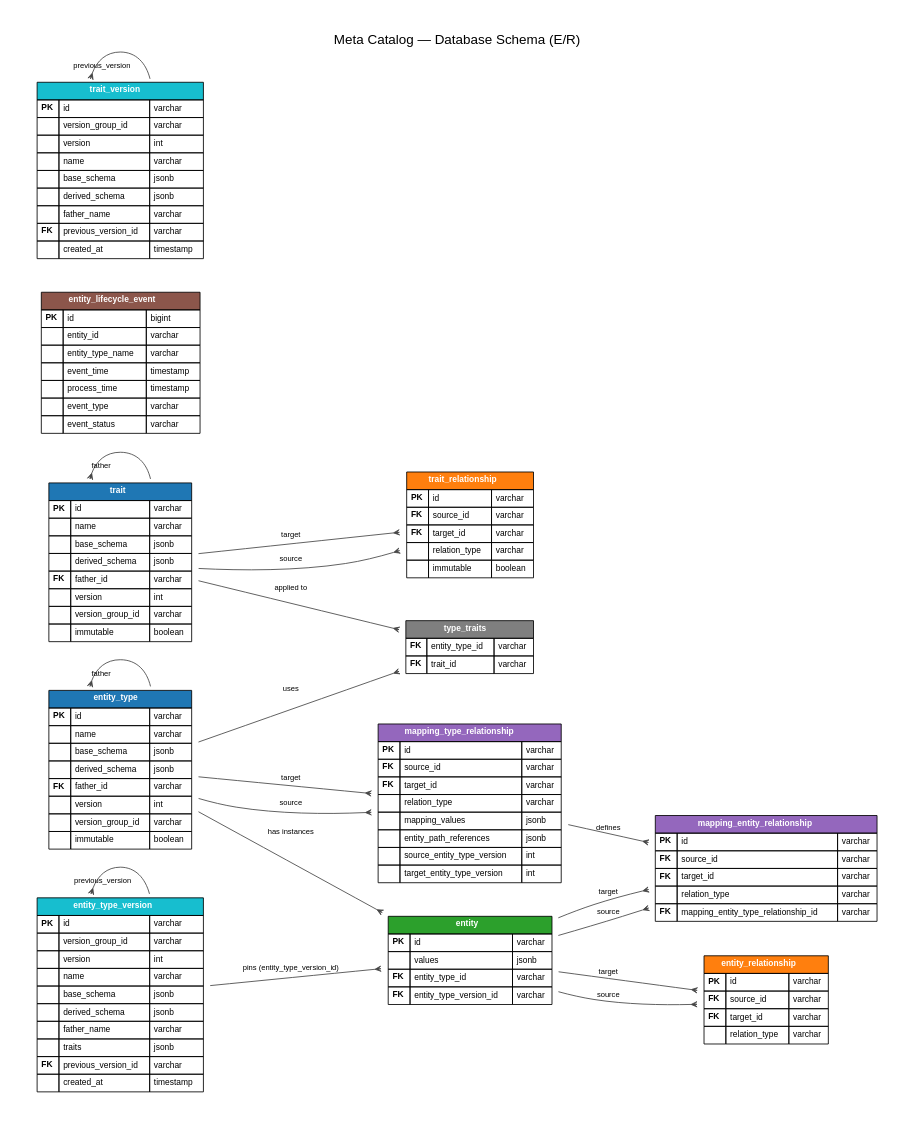
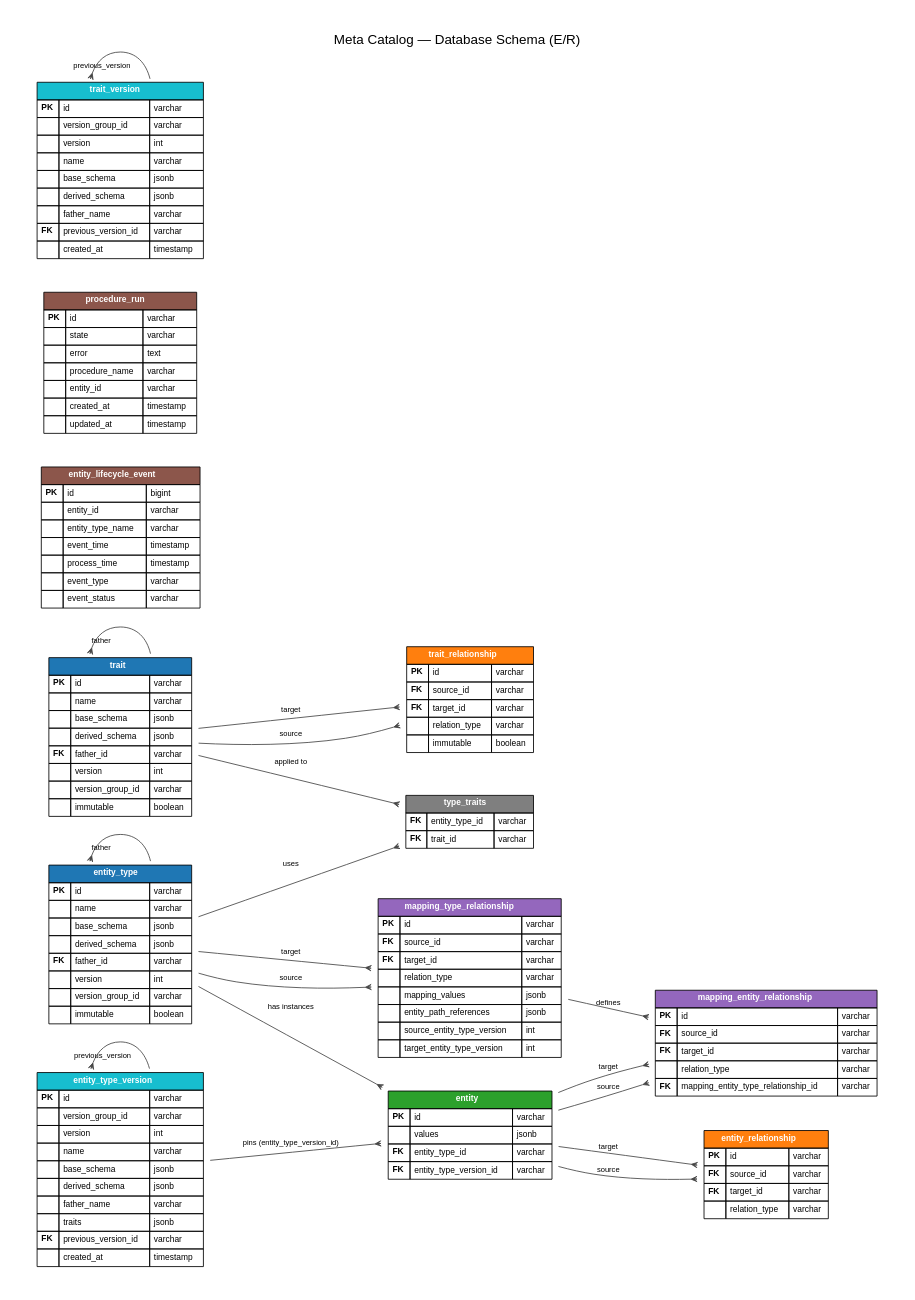
Before and after one commit to dgreco/metacatalog: the diagram in docs/er-diagram.dot, drawn with Graphviz. The commit also changed 14 other files, not shown here.

```diff
--- a/docs/er-diagram.dot
+++ b/docs/er-diagram.dot
@@ -1,172 +1,185 @@
 digraph ER {
     graph [
         rankdir=LR,
         fontname="Helvetica",
         fontsize=10,
         splines=true,
         overlap=false,
         pad=0.4,
         nodesep=0.45,
         ranksep=0.85,
         bgcolor="white",
         label="Meta Catalog — Database Schema (E/R)",
         labelloc=t,
         fontsize=16
     ];
     node  [shape=plaintext, fontname="Helvetica", fontsize=10];
     edge  [color="#444444", penwidth=1.0, arrowsize=0.7, fontname="Helvetica", fontsize=9];
 
     entity_type [label=<
         <TABLE BORDER="0" CELLBORDER="1" CELLSPACING="0" CELLPADDING="4" BGCOLOR="white">
             <TR><TD BGCOLOR="#1f77b4" COLSPAN="3"><FONT COLOR="white"><B>entity_type</B></FONT></TD></TR>
             <TR><TD ALIGN="LEFT"><B>PK</B></TD><TD ALIGN="LEFT">id</TD><TD ALIGN="LEFT">varchar</TD></TR>
             <TR><TD></TD><TD ALIGN="LEFT">name</TD><TD ALIGN="LEFT">varchar</TD></TR>
             <TR><TD></TD><TD ALIGN="LEFT">base_schema</TD><TD ALIGN="LEFT">jsonb</TD></TR>
             <TR><TD></TD><TD ALIGN="LEFT">derived_schema</TD><TD ALIGN="LEFT">jsonb</TD></TR>
             <TR><TD ALIGN="LEFT"><B>FK</B></TD><TD ALIGN="LEFT">father_id</TD><TD ALIGN="LEFT">varchar</TD></TR>
             <TR><TD></TD><TD ALIGN="LEFT">version</TD><TD ALIGN="LEFT">int</TD></TR>
             <TR><TD></TD><TD ALIGN="LEFT">version_group_id</TD><TD ALIGN="LEFT">varchar</TD></TR>
             <TR><TD></TD><TD ALIGN="LEFT">immutable</TD><TD ALIGN="LEFT">boolean</TD></TR>
         </TABLE>
     >];
 
     trait [label=<
         <TABLE BORDER="0" CELLBORDER="1" CELLSPACING="0" CELLPADDING="4" BGCOLOR="white">
             <TR><TD BGCOLOR="#1f77b4" COLSPAN="3"><FONT COLOR="white"><B>trait</B></FONT></TD></TR>
             <TR><TD ALIGN="LEFT"><B>PK</B></TD><TD ALIGN="LEFT">id</TD><TD ALIGN="LEFT">varchar</TD></TR>
             <TR><TD></TD><TD ALIGN="LEFT">name</TD><TD ALIGN="LEFT">varchar</TD></TR>
             <TR><TD></TD><TD ALIGN="LEFT">base_schema</TD><TD ALIGN="LEFT">jsonb</TD></TR>
             <TR><TD></TD><TD ALIGN="LEFT">derived_schema</TD><TD ALIGN="LEFT">jsonb</TD></TR>
             <TR><TD ALIGN="LEFT"><B>FK</B></TD><TD ALIGN="LEFT">father_id</TD><TD ALIGN="LEFT">varchar</TD></TR>
             <TR><TD></TD><TD ALIGN="LEFT">version</TD><TD ALIGN="LEFT">int</TD></TR>
             <TR><TD></TD><TD ALIGN="LEFT">version_group_id</TD><TD ALIGN="LEFT">varchar</TD></TR>
             <TR><TD></TD><TD ALIGN="LEFT">immutable</TD><TD ALIGN="LEFT">boolean</TD></TR>
         </TABLE>
     >];
 
     type_traits [label=<
         <TABLE BORDER="0" CELLBORDER="1" CELLSPACING="0" CELLPADDING="4" BGCOLOR="white">
             <TR><TD BGCOLOR="#7f7f7f" COLSPAN="3"><FONT COLOR="white"><B>type_traits</B></FONT></TD></TR>
             <TR><TD ALIGN="LEFT"><B>FK</B></TD><TD ALIGN="LEFT">entity_type_id</TD><TD ALIGN="LEFT">varchar</TD></TR>
             <TR><TD ALIGN="LEFT"><B>FK</B></TD><TD ALIGN="LEFT">trait_id</TD><TD ALIGN="LEFT">varchar</TD></TR>
         </TABLE>
     >];
 
     entity [label=<
         <TABLE BORDER="0" CELLBORDER="1" CELLSPACING="0" CELLPADDING="4" BGCOLOR="white">
             <TR><TD BGCOLOR="#2ca02c" COLSPAN="3"><FONT COLOR="white"><B>entity</B></FONT></TD></TR>
             <TR><TD ALIGN="LEFT"><B>PK</B></TD><TD ALIGN="LEFT">id</TD><TD ALIGN="LEFT">varchar</TD></TR>
             <TR><TD></TD><TD ALIGN="LEFT">values</TD><TD ALIGN="LEFT">jsonb</TD></TR>
             <TR><TD ALIGN="LEFT"><B>FK</B></TD><TD ALIGN="LEFT">entity_type_id</TD><TD ALIGN="LEFT">varchar</TD></TR>
             <TR><TD ALIGN="LEFT"><B>FK</B></TD><TD ALIGN="LEFT">entity_type_version_id</TD><TD ALIGN="LEFT">varchar</TD></TR>
         </TABLE>
     >];
 
     trait_relationship [label=<
         <TABLE BORDER="0" CELLBORDER="1" CELLSPACING="0" CELLPADDING="4" BGCOLOR="white">
             <TR><TD BGCOLOR="#ff7f0e" COLSPAN="3"><FONT COLOR="white"><B>trait_relationship</B></FONT></TD></TR>
             <TR><TD ALIGN="LEFT"><B>PK</B></TD><TD ALIGN="LEFT">id</TD><TD ALIGN="LEFT">varchar</TD></TR>
             <TR><TD ALIGN="LEFT"><B>FK</B></TD><TD ALIGN="LEFT">source_id</TD><TD ALIGN="LEFT">varchar</TD></TR>
             <TR><TD ALIGN="LEFT"><B>FK</B></TD><TD ALIGN="LEFT">target_id</TD><TD ALIGN="LEFT">varchar</TD></TR>
             <TR><TD></TD><TD ALIGN="LEFT">relation_type</TD><TD ALIGN="LEFT">varchar</TD></TR>
             <TR><TD></TD><TD ALIGN="LEFT">immutable</TD><TD ALIGN="LEFT">boolean</TD></TR>
         </TABLE>
     >];
 
     entity_relationship [label=<
         <TABLE BORDER="0" CELLBORDER="1" CELLSPACING="0" CELLPADDING="4" BGCOLOR="white">
             <TR><TD BGCOLOR="#ff7f0e" COLSPAN="3"><FONT COLOR="white"><B>entity_relationship</B></FONT></TD></TR>
             <TR><TD ALIGN="LEFT"><B>PK</B></TD><TD ALIGN="LEFT">id</TD><TD ALIGN="LEFT">varchar</TD></TR>
             <TR><TD ALIGN="LEFT"><B>FK</B></TD><TD ALIGN="LEFT">source_id</TD><TD ALIGN="LEFT">varchar</TD></TR>
             <TR><TD ALIGN="LEFT"><B>FK</B></TD><TD ALIGN="LEFT">target_id</TD><TD ALIGN="LEFT">varchar</TD></TR>
             <TR><TD></TD><TD ALIGN="LEFT">relation_type</TD><TD ALIGN="LEFT">varchar</TD></TR>
         </TABLE>
     >];
 
     mapping_type_relationship [label=<
         <TABLE BORDER="0" CELLBORDER="1" CELLSPACING="0" CELLPADDING="4" BGCOLOR="white">
             <TR><TD BGCOLOR="#9467bd" COLSPAN="3"><FONT COLOR="white"><B>mapping_type_relationship</B></FONT></TD></TR>
             <TR><TD ALIGN="LEFT"><B>PK</B></TD><TD ALIGN="LEFT">id</TD><TD ALIGN="LEFT">varchar</TD></TR>
             <TR><TD ALIGN="LEFT"><B>FK</B></TD><TD ALIGN="LEFT">source_id</TD><TD ALIGN="LEFT">varchar</TD></TR>
             <TR><TD ALIGN="LEFT"><B>FK</B></TD><TD ALIGN="LEFT">target_id</TD><TD ALIGN="LEFT">varchar</TD></TR>
             <TR><TD></TD><TD ALIGN="LEFT">relation_type</TD><TD ALIGN="LEFT">varchar</TD></TR>
             <TR><TD></TD><TD ALIGN="LEFT">mapping_values</TD><TD ALIGN="LEFT">jsonb</TD></TR>
             <TR><TD></TD><TD ALIGN="LEFT">entity_path_references</TD><TD ALIGN="LEFT">jsonb</TD></TR>
             <TR><TD></TD><TD ALIGN="LEFT">source_entity_type_version</TD><TD ALIGN="LEFT">int</TD></TR>
             <TR><TD></TD><TD ALIGN="LEFT">target_entity_type_version</TD><TD ALIGN="LEFT">int</TD></TR>
         </TABLE>
     >];
 
     mapping_entity_relationship [label=<
         <TABLE BORDER="0" CELLBORDER="1" CELLSPACING="0" CELLPADDING="4" BGCOLOR="white">
             <TR><TD BGCOLOR="#9467bd" COLSPAN="3"><FONT COLOR="white"><B>mapping_entity_relationship</B></FONT></TD></TR>
             <TR><TD ALIGN="LEFT"><B>PK</B></TD><TD ALIGN="LEFT">id</TD><TD ALIGN="LEFT">varchar</TD></TR>
             <TR><TD ALIGN="LEFT"><B>FK</B></TD><TD ALIGN="LEFT">source_id</TD><TD ALIGN="LEFT">varchar</TD></TR>
             <TR><TD ALIGN="LEFT"><B>FK</B></TD><TD ALIGN="LEFT">target_id</TD><TD ALIGN="LEFT">varchar</TD></TR>
             <TR><TD></TD><TD ALIGN="LEFT">relation_type</TD><TD ALIGN="LEFT">varchar</TD></TR>
             <TR><TD ALIGN="LEFT"><B>FK</B></TD><TD ALIGN="LEFT">mapping_entity_type_relationship_id</TD><TD ALIGN="LEFT">varchar</TD></TR>
         </TABLE>
     >];
 
     entity_lifecycle_event [label=<
         <TABLE BORDER="0" CELLBORDER="1" CELLSPACING="0" CELLPADDING="4" BGCOLOR="white">
             <TR><TD BGCOLOR="#8c564b" COLSPAN="3"><FONT COLOR="white"><B>entity_lifecycle_event</B></FONT></TD></TR>
             <TR><TD ALIGN="LEFT"><B>PK</B></TD><TD ALIGN="LEFT">id</TD><TD ALIGN="LEFT">bigint</TD></TR>
             <TR><TD></TD><TD ALIGN="LEFT">entity_id</TD><TD ALIGN="LEFT">varchar</TD></TR>
             <TR><TD></TD><TD ALIGN="LEFT">entity_type_name</TD><TD ALIGN="LEFT">varchar</TD></TR>
             <TR><TD></TD><TD ALIGN="LEFT">event_time</TD><TD ALIGN="LEFT">timestamp</TD></TR>
             <TR><TD></TD><TD ALIGN="LEFT">process_time</TD><TD ALIGN="LEFT">timestamp</TD></TR>
             <TR><TD></TD><TD ALIGN="LEFT">event_type</TD><TD ALIGN="LEFT">varchar</TD></TR>
             <TR><TD></TD><TD ALIGN="LEFT">event_status</TD><TD ALIGN="LEFT">varchar</TD></TR>
         </TABLE>
     >];
 
+    procedure_run [label=<
+        <TABLE BORDER="0" CELLBORDER="1" CELLSPACING="0" CELLPADDING="4" BGCOLOR="white">
+            <TR><TD BGCOLOR="#8c564b" COLSPAN="3"><FONT COLOR="white"><B>procedure_run</B></FONT></TD></TR>
+            <TR><TD ALIGN="LEFT"><B>PK</B></TD><TD ALIGN="LEFT">id</TD><TD ALIGN="LEFT">varchar</TD></TR>
+            <TR><TD></TD><TD ALIGN="LEFT">state</TD><TD ALIGN="LEFT">varchar</TD></TR>
+            <TR><TD></TD><TD ALIGN="LEFT">error</TD><TD ALIGN="LEFT">text</TD></TR>
+            <TR><TD></TD><TD ALIGN="LEFT">procedure_name</TD><TD ALIGN="LEFT">varchar</TD></TR>
+            <TR><TD></TD><TD ALIGN="LEFT">entity_id</TD><TD ALIGN="LEFT">varchar</TD></TR>
+            <TR><TD></TD><TD ALIGN="LEFT">created_at</TD><TD ALIGN="LEFT">timestamp</TD></TR>
+            <TR><TD></TD><TD ALIGN="LEFT">updated_at</TD><TD ALIGN="LEFT">timestamp</TD></TR>
+        </TABLE>
+    >];
+
     entity_type_version [label=<
         <TABLE BORDER="0" CELLBORDER="1" CELLSPACING="0" CELLPADDING="4" BGCOLOR="white">
             <TR><TD BGCOLOR="#17becf" COLSPAN="3"><FONT COLOR="white"><B>entity_type_version</B></FONT></TD></TR>
             <TR><TD ALIGN="LEFT"><B>PK</B></TD><TD ALIGN="LEFT">id</TD><TD ALIGN="LEFT">varchar</TD></TR>
             <TR><TD></TD><TD ALIGN="LEFT">version_group_id</TD><TD ALIGN="LEFT">varchar</TD></TR>
             <TR><TD></TD><TD ALIGN="LEFT">version</TD><TD ALIGN="LEFT">int</TD></TR>
             <TR><TD></TD><TD ALIGN="LEFT">name</TD><TD ALIGN="LEFT">varchar</TD></TR>
             <TR><TD></TD><TD ALIGN="LEFT">base_schema</TD><TD ALIGN="LEFT">jsonb</TD></TR>
             <TR><TD></TD><TD ALIGN="LEFT">derived_schema</TD><TD ALIGN="LEFT">jsonb</TD></TR>
             <TR><TD></TD><TD ALIGN="LEFT">father_name</TD><TD ALIGN="LEFT">varchar</TD></TR>
             <TR><TD></TD><TD ALIGN="LEFT">traits</TD><TD ALIGN="LEFT">jsonb</TD></TR>
             <TR><TD ALIGN="LEFT"><B>FK</B></TD><TD ALIGN="LEFT">previous_version_id</TD><TD ALIGN="LEFT">varchar</TD></TR>
             <TR><TD></TD><TD ALIGN="LEFT">created_at</TD><TD ALIGN="LEFT">timestamp</TD></TR>
         </TABLE>
     >];
 
     trait_version [label=<
         <TABLE BORDER="0" CELLBORDER="1" CELLSPACING="0" CELLPADDING="4" BGCOLOR="white">
             <TR><TD BGCOLOR="#17becf" COLSPAN="3"><FONT COLOR="white"><B>trait_version</B></FONT></TD></TR>
             <TR><TD ALIGN="LEFT"><B>PK</B></TD><TD ALIGN="LEFT">id</TD><TD ALIGN="LEFT">varchar</TD></TR>
             <TR><TD></TD><TD ALIGN="LEFT">version_group_id</TD><TD ALIGN="LEFT">varchar</TD></TR>
             <TR><TD></TD><TD ALIGN="LEFT">version</TD><TD ALIGN="LEFT">int</TD></TR>
             <TR><TD></TD><TD ALIGN="LEFT">name</TD><TD ALIGN="LEFT">varchar</TD></TR>
             <TR><TD></TD><TD ALIGN="LEFT">base_schema</TD><TD ALIGN="LEFT">jsonb</TD></TR>
             <TR><TD></TD><TD ALIGN="LEFT">derived_schema</TD><TD ALIGN="LEFT">jsonb</TD></TR>
             <TR><TD></TD><TD ALIGN="LEFT">father_name</TD><TD ALIGN="LEFT">varchar</TD></TR>
             <TR><TD ALIGN="LEFT"><B>FK</B></TD><TD ALIGN="LEFT">previous_version_id</TD><TD ALIGN="LEFT">varchar</TD></TR>
             <TR><TD></TD><TD ALIGN="LEFT">created_at</TD><TD ALIGN="LEFT">timestamp</TD></TR>
         </TABLE>
     >];
 
     entity_type        -> entity_type        [taillabel="father",  labeldistance=2, dir=back, arrowtail=crow];
     trait              -> trait              [taillabel="father",  labeldistance=2, dir=back, arrowtail=crow];
     entity_type        -> entity             [arrowhead=crow,  label="has instances"];
     entity_type        -> type_traits        [arrowhead=crow,  label="uses"];
     trait              -> type_traits        [arrowhead=crow,  label="applied to"];
     trait              -> trait_relationship [arrowhead=crow,  label="source"];
     trait              -> trait_relationship [arrowhead=crow,  label="target"];
     entity             -> entity_relationship [arrowhead=crow, label="source"];
     entity             -> entity_relationship [arrowhead=crow, label="target"];
     entity_type        -> mapping_type_relationship [arrowhead=crow, label="source"];
     entity_type        -> mapping_type_relationship [arrowhead=crow, label="target"];
     mapping_type_relationship -> mapping_entity_relationship [arrowhead=crow, label="defines"];
     entity             -> mapping_entity_relationship [arrowhead=crow, label="source"];
     entity             -> mapping_entity_relationship [arrowhead=crow, label="target"];
     entity_type_version -> entity            [arrowhead=crow,  label="pins (entity_type_version_id)"];
     entity_type_version -> entity_type_version [taillabel="previous_version", labeldistance=2, dir=back, arrowtail=crow];
     trait_version      -> trait_version      [taillabel="previous_version", labeldistance=2, dir=back, arrowtail=crow];
 }
```
